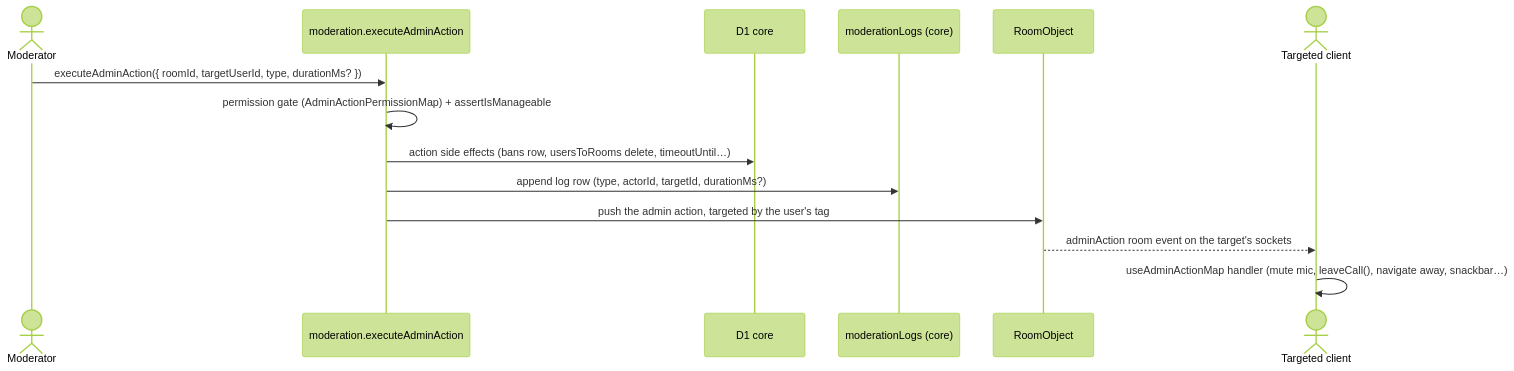
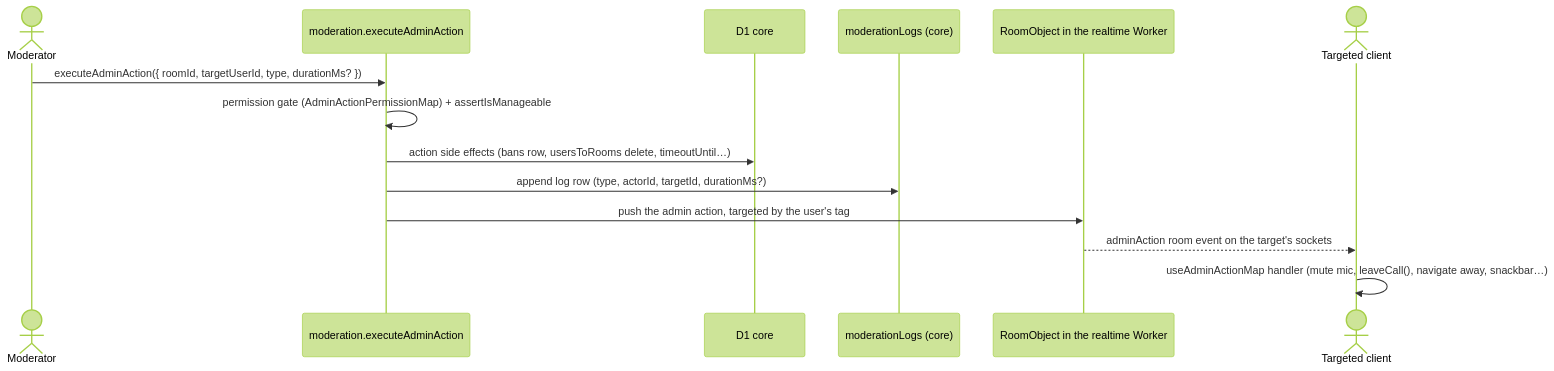
The diagram in openspec/specs/esbabbler/moderation/design.md (Esposter/Esposter), drawn with Mermaid (forest theme) before and after one commit. The commit also changed other lines of this file and 89 other files, not shown here.

````diff
--- a/openspec/specs/esbabbler/moderation/design.md
+++ b/openspec/specs/esbabbler/moderation/design.md
@@ -9,17 +9,17 @@
 ```mermaid
 sequenceDiagram
     actor Mod as Moderator
     participant R as moderation.executeAdminAction
     participant DB as D1 core
     participant ML as moderationLogs (core)
-    participant O as RoomObject
+    participant O as RoomObject in the realtime Worker
     actor T as Targeted client
 
     Mod->>R: executeAdminAction({ roomId, targetUserId, type, durationMs? })
     R->>R: permission gate (AdminActionPermissionMap) + assertIsManageable
     R->>DB: action side effects (bans row, usersToRooms delete, timeoutUntil…)
     R->>ML: append log row (type, actorId, targetId, durationMs?)
     R->>O: push the admin action, targeted by the user's tag
     O-->>T: adminAction room event on the target's sockets
     T->>T: useAdminActionMap handler (mute mic, leaveCall(), navigate away, snackbar…)
 ```
````
